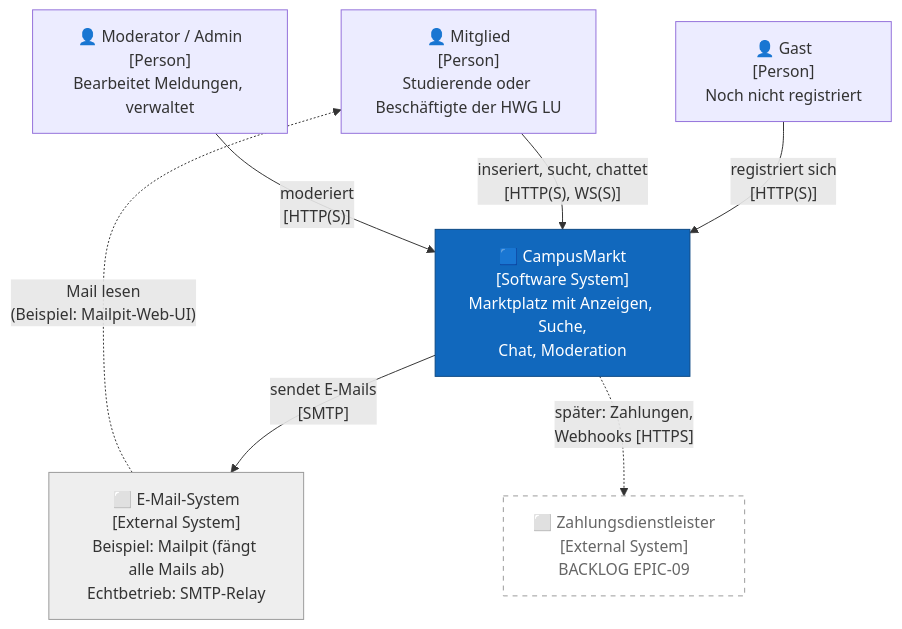
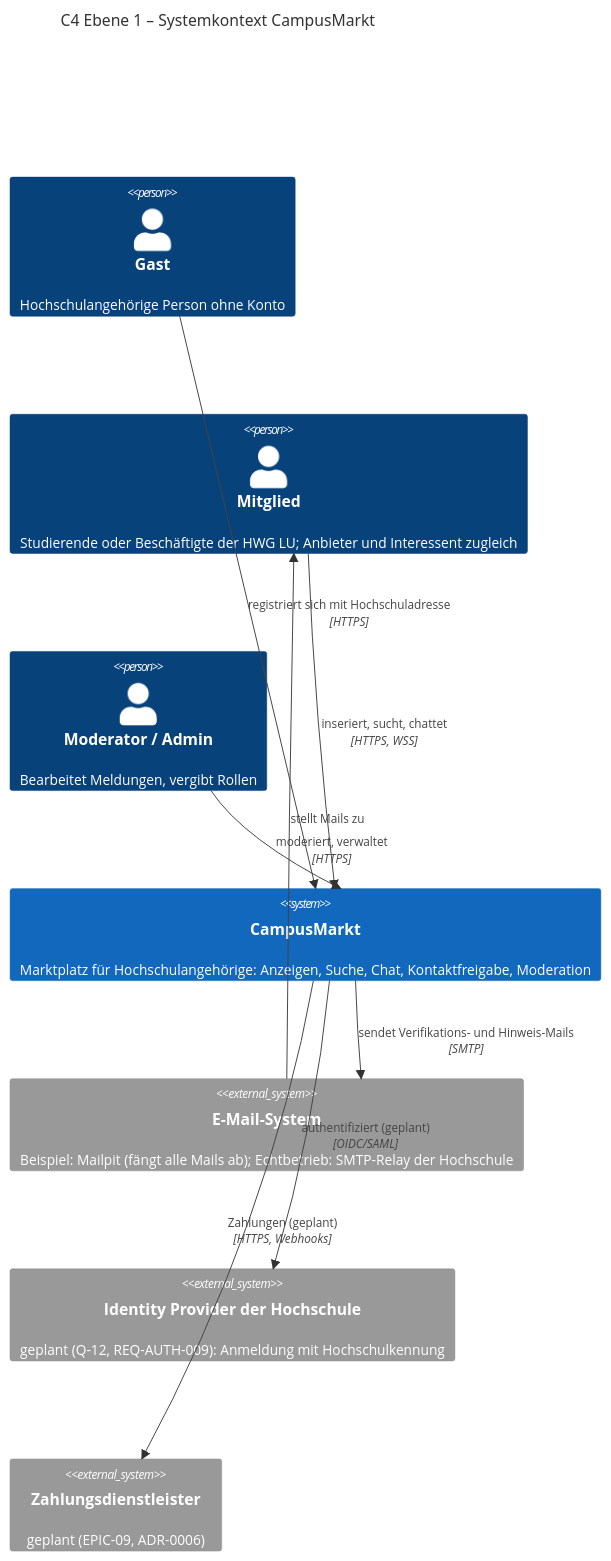
The first of 12 diagrams in docs/03-architektur/architektur.md (CaRo10Robert/SWeng_projekt2026), drawn with Mermaid before and after one commit. The commit also changed other lines of this file and 4 other files, not shown here.

First line of the commit message:
docs(architektur): Architektur auf das C4-Modell umgestellt (Mermaid-C4)

````diff
--- a/docs/03-architektur/architektur.md
+++ b/docs/03-architektur/architektur.md
@@ -54,25 +59,19 @@
 ```mermaid
-flowchart TB
-    M["👤 Mitglied<br/>[Person]<br/>Studierende oder Beschäftigte der HWG LU"]
-    MOD["👤 Moderator / Admin<br/>[Person]<br/>Bearbeitet Meldungen, verwaltet"]
-    G["👤 Gast<br/>[Person]<br/>Noch nicht registriert"]
-
-    CM["🟦 CampusMarkt<br/>[Software System]<br/>Marktplatz mit Anzeigen, Suche,<br/>Chat, Moderation"]
-
-    MAIL["⬜ E-Mail-System<br/>[External System]<br/>Beispiel: Mailpit (fängt alle Mails ab)<br/>Echtbetrieb: SMTP-Relay"]
-    PSP["⬜ Zahlungsdienstleister<br/>[External System]<br/>BACKLOG EPIC-09"]
-
-    G -- "registriert sich<br/>[HTTP(S)]" --> CM
-    M -- "inseriert, sucht, chattet<br/>[HTTP(S), WS(S)]" --> CM
-    MOD -- "moderiert<br/>[HTTP(S)]" --> CM
-    CM -- "sendet E-Mails<br/>[SMTP]" --> MAIL
-    MAIL -. "Mail lesen<br/>(Beispiel: Mailpit-Web-UI)" .-> M
-    CM -. "später: Zahlungen,<br/>Webhooks [HTTPS]" .-> PSP
-
-    classDef ext fill:#eee,stroke:#999,color:#333
-    classDef sys fill:#1168bd,stroke:#0b4884,color:#fff
-    classDef future fill:#fff,stroke:#999,stroke-dasharray: 5 5,color:#666
-    class MAIL ext
-    class CM sys
-    class PSP future
+C4Context
+    title C4 Ebene 1 – Systemkontext CampusMarkt
+    Person(gast, "Gast", "Hochschulangehörige Person ohne Konto")
+    Person(mitglied, "Mitglied", "Studierende oder Beschäftigte der HWG LU; Anbieter und Interessent zugleich")
+    Person(mod, "Moderator / Admin", "Bearbeitet Meldungen, vergibt Rollen")
+    System(cm, "CampusMarkt", "Marktplatz für Hochschulangehörige: Anzeigen, Suche, Chat, Kontaktfreigabe, Moderation")
+    System_Ext(mail, "E-Mail-System", "Beispiel: Mailpit (fängt alle Mails ab); Echtbetrieb: SMTP-Relay der Hochschule")
+    System_Ext(idp, "Identity Provider der Hochschule", "geplant (Q-12, REQ-AUTH-009): Anmeldung mit Hochschulkennung")
+    System_Ext(psp, "Zahlungsdienstleister", "geplant (EPIC-09, ADR-0006)")
+    Rel(gast, cm, "registriert sich mit Hochschuladresse", "HTTPS")
+    Rel(mitglied, cm, "inseriert, sucht, chattet", "HTTPS, WSS")
+    Rel(mod, cm, "moderiert, verwaltet", "HTTPS")
+    Rel(cm, mail, "sendet Verifikations- und Hinweis-Mails", "SMTP")
+    Rel(mail, mitglied, "stellt Mails zu")
+    Rel(cm, idp, "authentifiziert (geplant)", "OIDC/SAML")
+    Rel(cm, psp, "Zahlungen (geplant)", "HTTPS, Webhooks")
+    UpdateLayoutConfig($c4ShapeInRow="3", $c4BoundaryInRow="1")
 ```
````
